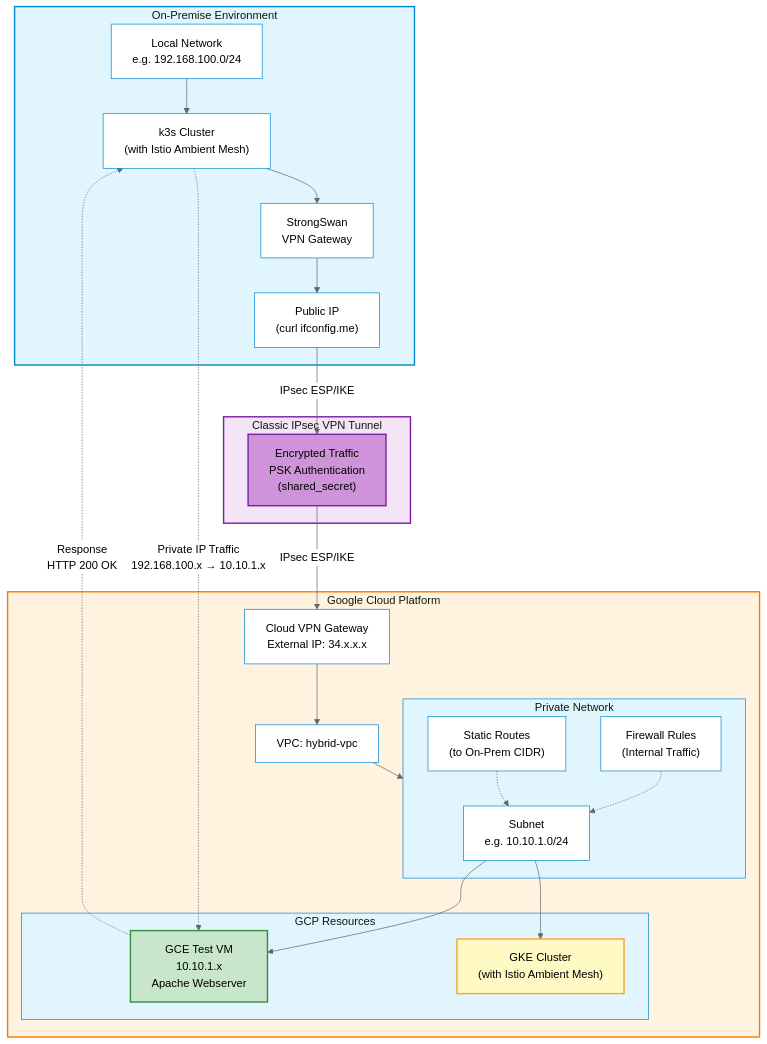
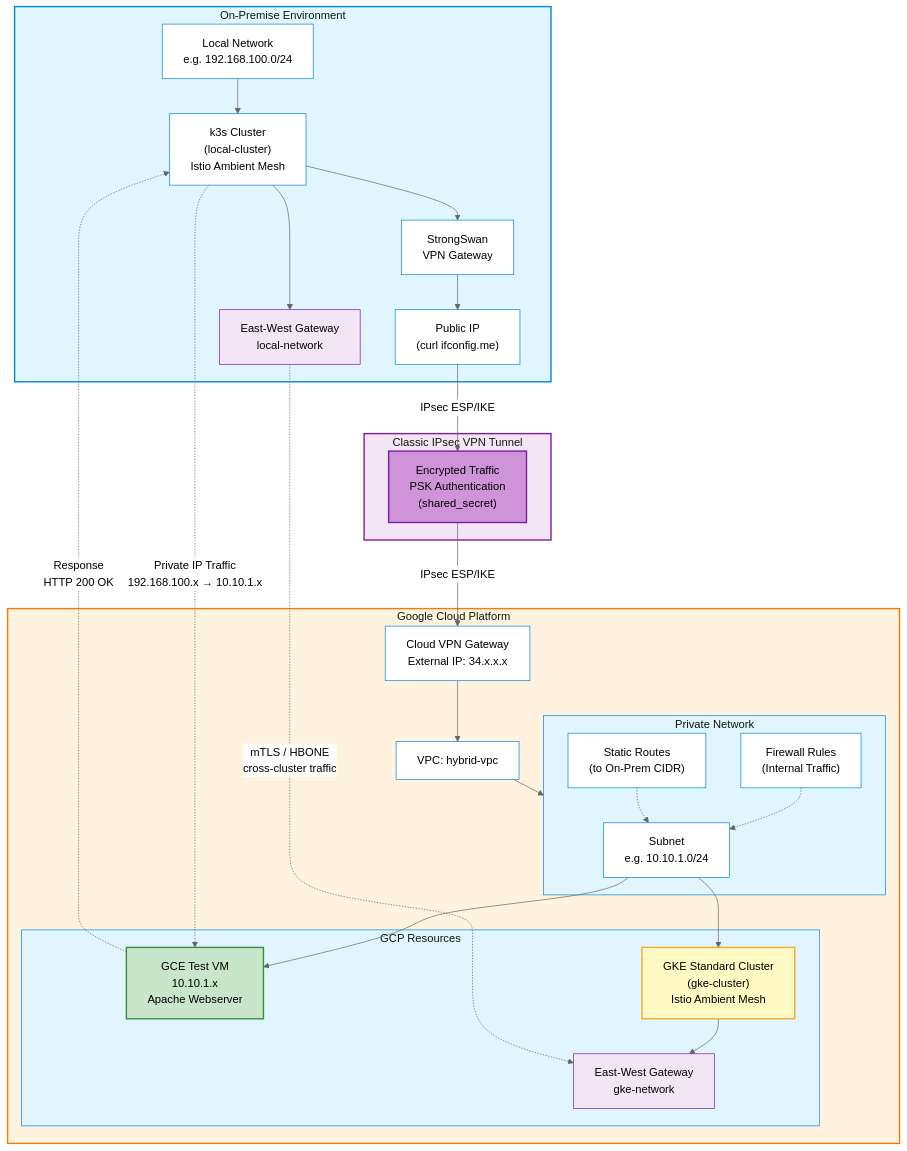
One commit to salvador-arreola/hybrid-cloud-multicluster-lab changed the first of 2 diagrams in README.md. Above: the diagram before and after it, drawn with Mermaid. The commit also changed other lines of this file, not shown here.

````diff
--- a/README.md
+++ b/README.md
@@ -11,54 +11,62 @@
 ```mermaid
 %%{init: {'theme':'base', 'themeVariables': { 'background':'#ffffff', 'mainBkg':'#ffffff', 'secondBkg':'#ffffff', 'tertiaryBkg':'#ffffff', 'primaryColor':'#e1f5ff', 'primaryTextColor':'#000', 'primaryBorderColor':'#0288d1', 'lineColor':'#666', 'secondaryColor':'#fff3e0', 'tertiaryColor':'#f3e5f5', 'clusterBkg':'#e1f5ff', 'clusterBorder':'#0288d1', 'edgeLabelBackground':'#ffffff' }}}%%
 graph TB
     subgraph OnPrem["On-Premise Environment"]
         LocalNet["Local Network<br/>e.g. 192.168.100.0/24"]
-        K3s["k3s Cluster<br/>(with Istio Ambient Mesh)"]
+        K3s["k3s Cluster<br/>(local-cluster)<br/>Istio Ambient Mesh"]
         StrongSwan["StrongSwan<br/>VPN Gateway"]
         PublicIP["Public IP<br/>(curl ifconfig.me)"]
+        EWLocal["East-West Gateway<br/>local-network"]
 
         LocalNet --> K3s
+        K3s --> EWLocal
         K3s --> StrongSwan
         StrongSwan --> PublicIP
     end
 
     subgraph VPNTunnel["Classic IPsec VPN Tunnel"]
         Tunnel["Encrypted Traffic<br/>PSK Authentication<br/>(shared_secret)"]
     end
 
     subgraph GCP["Google Cloud Platform"]
         VPNGateway["Cloud VPN Gateway<br/>External IP: 34.x.x.x"]
         VPC["VPC: hybrid-vpc"]
 
         subgraph Network["Private Network"]
             Subnet["Subnet<br/>e.g. 10.10.1.0/24"]
             Firewall["Firewall Rules<br/>(Internal Traffic)"]
             Routes["Static Routes<br/>(to On-Prem CIDR)"]
         end
 
         subgraph Resources["GCP Resources"]
             TestVM["GCE Test VM<br/>10.10.1.x<br/>Apache Webserver"]
-            GKE["GKE Cluster<br/>(with Istio Ambient Mesh)"]
+            GKE["GKE Standard Cluster<br/>(gke-cluster)<br/>Istio Ambient Mesh"]
+            EWGke["East-West Gateway<br/>gke-network"]
         end
 
         VPNGateway --> VPC
         VPC --> Network
         Subnet --> TestVM
         Subnet --> GKE
+        GKE --> EWGke
         Firewall -.-> Subnet
         Routes -.-> Subnet
     end
 
     PublicIP -->|"IPsec ESP/IKE"| Tunnel
     Tunnel -->|"IPsec ESP/IKE"| VPNGateway
 
     K3s -.->|"Private IP Traffic<br/>192.168.100.x → 10.10.1.x"| TestVM
     TestVM -.->|"Response<br/>HTTP 200 OK"| K3s
 
+    EWLocal -.->|"mTLS / HBONE<br/>cross-cluster traffic"| EWGke
+
     style OnPrem fill:#e1f5ff,stroke:#0288d1,stroke-width:2px
     style GCP fill:#fff3e0,stroke:#f57c00,stroke-width:2px
     style VPNTunnel fill:#f3e5f5,stroke:#7b1fa2,stroke-width:2px
     style Tunnel fill:#ce93d8,stroke:#7b1fa2,stroke-width:2px
     style TestVM fill:#c8e6c9,stroke:#388e3c,stroke-width:2px
     style GKE fill:#fff9c4,stroke:#f9a825,stroke-width:2px
+    style EWLocal fill:#f3e5f5,stroke:#7b1fa2,stroke-width:1px
+    style EWGke fill:#f3e5f5,stroke:#7b1fa2,stroke-width:1px
 ```
````
